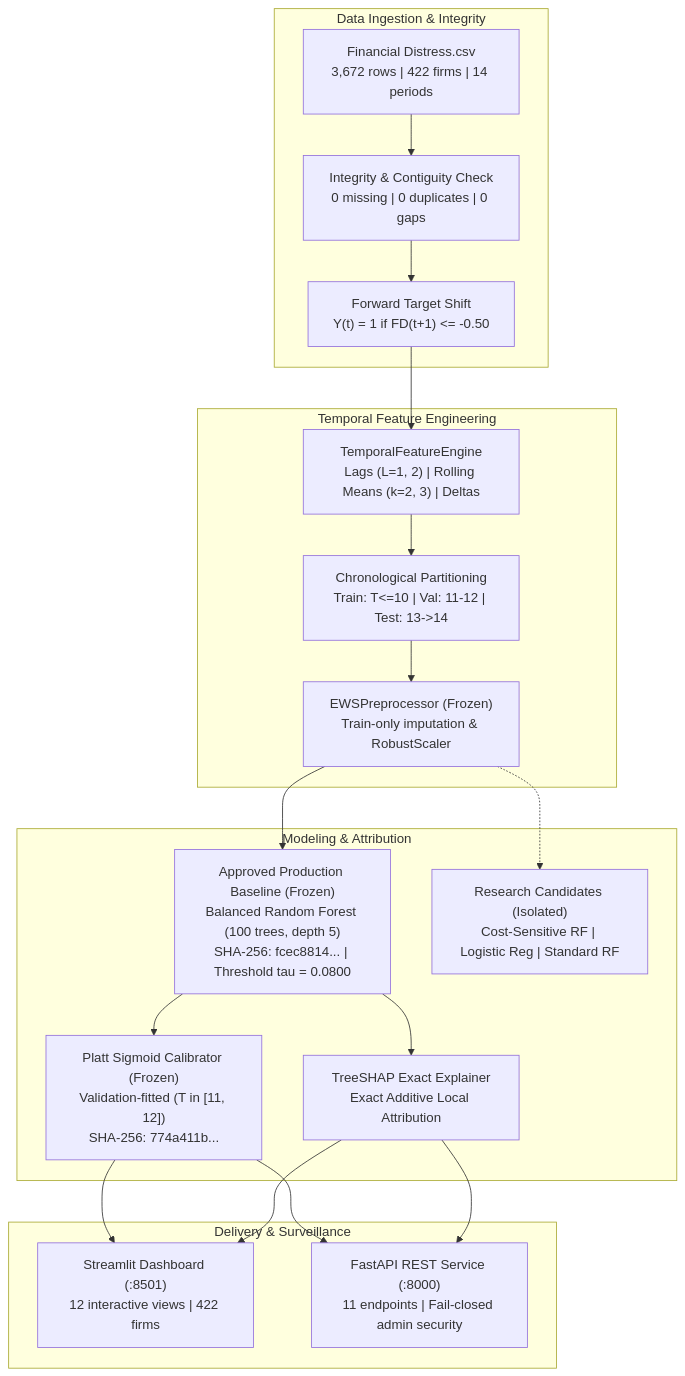
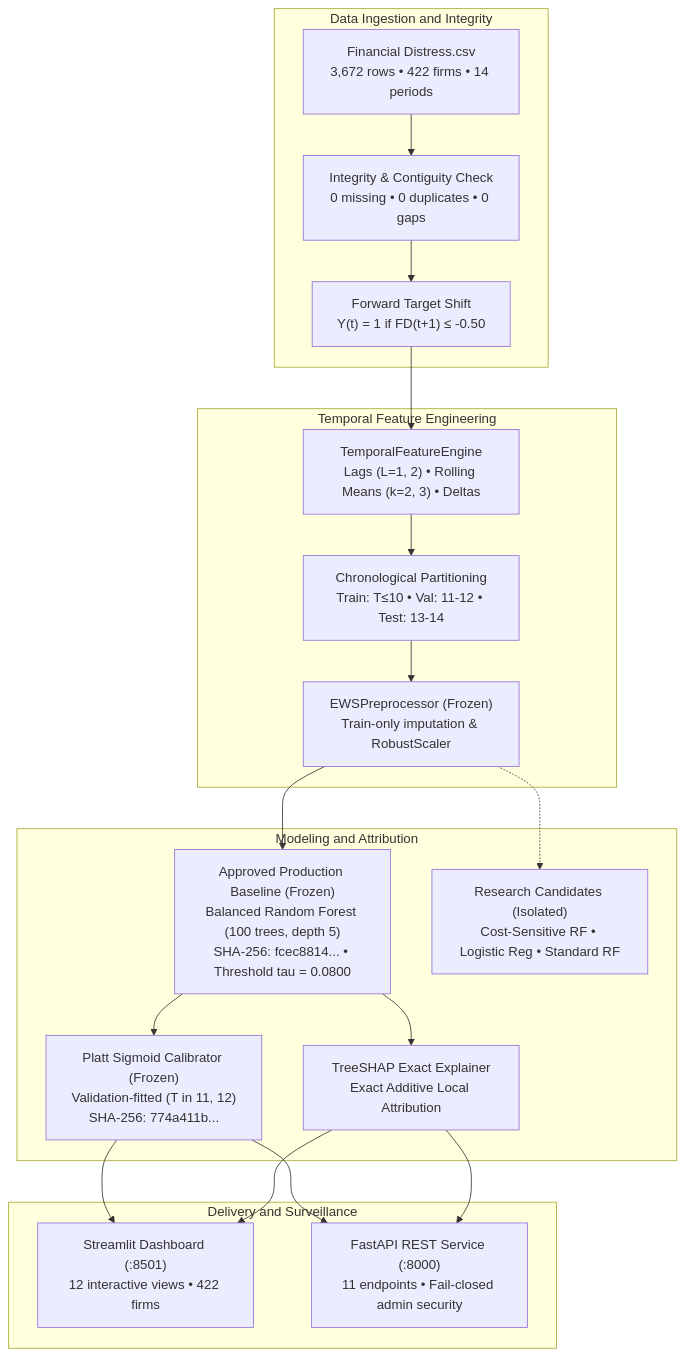
Before and after one commit to PrajwalGN1/-Explainable-Multi-Source-Financial-Distress-Early-Warning-Risk-Intelligence-System: the diagram in README.md, drawn with Mermaid. The commit also changed 2 other files, not shown here.

Commit message:
docs: sanitize Mermaid diagrams for 100% GitHub Markdown compatibility

````diff
--- a/README.md
+++ b/README.md
@@ -101,25 +101,27 @@
 ```mermaid
 flowchart TD
-    subgraph Data Pipeline [Data Ingestion & Integrity]
-        RAW["Financial Distress.csv<br/>3,672 rows | 422 firms | 14 periods"] --> AUDIT["Integrity & Contiguity Check<br/>0 missing | 0 duplicates | 0 gaps"]
-        AUDIT --> TGT["Forward Target Shift<br/>Y(t) = 1 if FD(t+1) <= -0.50"]
+    subgraph Data_Pipeline ["Data Ingestion and Integrity"]
+        RAW["Financial Distress.csv<br/>3,672 rows • 422 firms • 14 periods"] --> AUDIT["Integrity & Contiguity Check<br/>0 missing • 0 duplicates • 0 gaps"]
+        AUDIT --> TGT["Forward Target Shift<br/>Y(t) = 1 if FD(t+1) &le; -0.50"]
     end
 
-    subgraph Feature Pipeline [Temporal Feature Engineering]
-        TGT --> FE["TemporalFeatureEngine<br/>Lags (L=1, 2) | Rolling Means (k=2, 3) | Deltas"]
-        FE --> SPLIT["Chronological Partitioning<br/>Train: T<=10 | Val: 11-12 | Test: 13->14"]
+    subgraph Feature_Pipeline ["Temporal Feature Engineering"]
+        TGT --> FE["TemporalFeatureEngine<br/>Lags (L=1, 2) • Rolling Means (k=2, 3) • Deltas"]
+        FE --> SPLIT["Chronological Partitioning<br/>Train: T&le;10 • Val: 11-12 • Test: 13-14"]
         SPLIT --> SCALER["EWSPreprocessor (Frozen)<br/>Train-only imputation & RobustScaler"]
     end
 
-    subgraph Inference & Explainability [Modeling & Attribution]
-        SCALER --> BASELINE["Approved Production Baseline (Frozen)<br/>Balanced Random Forest (100 trees, depth 5)<br/>SHA-256: fcec8814... | Threshold tau = 0.0800"]
-        BASELINE --> CALIB["Platt Sigmoid Calibrator (Frozen)<br/>Validation-fitted (T in [11, 12])<br/>SHA-256: 774a411b..."]
-        SCALER -.-> CANDIDATE["Research Candidates (Isolated)<br/>Cost-Sensitive RF | Logistic Reg | Standard RF"]
+    subgraph Inference_Explainability ["Modeling and Attribution"]
+        SCALER --> BASELINE["Approved Production Baseline (Frozen)<br/>Balanced Random Forest (100 trees, depth 5)<br/>SHA-256: fcec8814... • Threshold tau = 0.0800"]
+        BASELINE --> CALIB["Platt Sigmoid Calibrator (Frozen)<br/>Validation-fitted (T in 11, 12)<br/>SHA-256: 774a411b..."]
+        SCALER -.-> CANDIDATE["Research Candidates (Isolated)<br/>Cost-Sensitive RF • Logistic Reg • Standard RF"]
         BASELINE --> SHAP["TreeSHAP Exact Explainer<br/>Exact Additive Local Attribution"]
     end
 
-    subgraph Delivery Layer [Delivery & Surveillance]
-        CALIB & SHAP --> STREAMLIT["Streamlit Dashboard (:8501)<br/>12 interactive views | 422 firms"]
-        CALIB & SHAP --> FASTAPI["FastAPI REST Service (:8000)<br/>11 endpoints | Fail-closed admin security"]
+    subgraph Delivery_Layer ["Delivery and Surveillance"]
+        CALIB --> STREAMLIT["Streamlit Dashboard (:8501)<br/>12 interactive views • 422 firms"]
+        SHAP --> STREAMLIT
+        CALIB --> FASTAPI["FastAPI REST Service (:8000)<br/>11 endpoints • Fail-closed admin security"]
+        SHAP --> FASTAPI
     end
 ```
````
